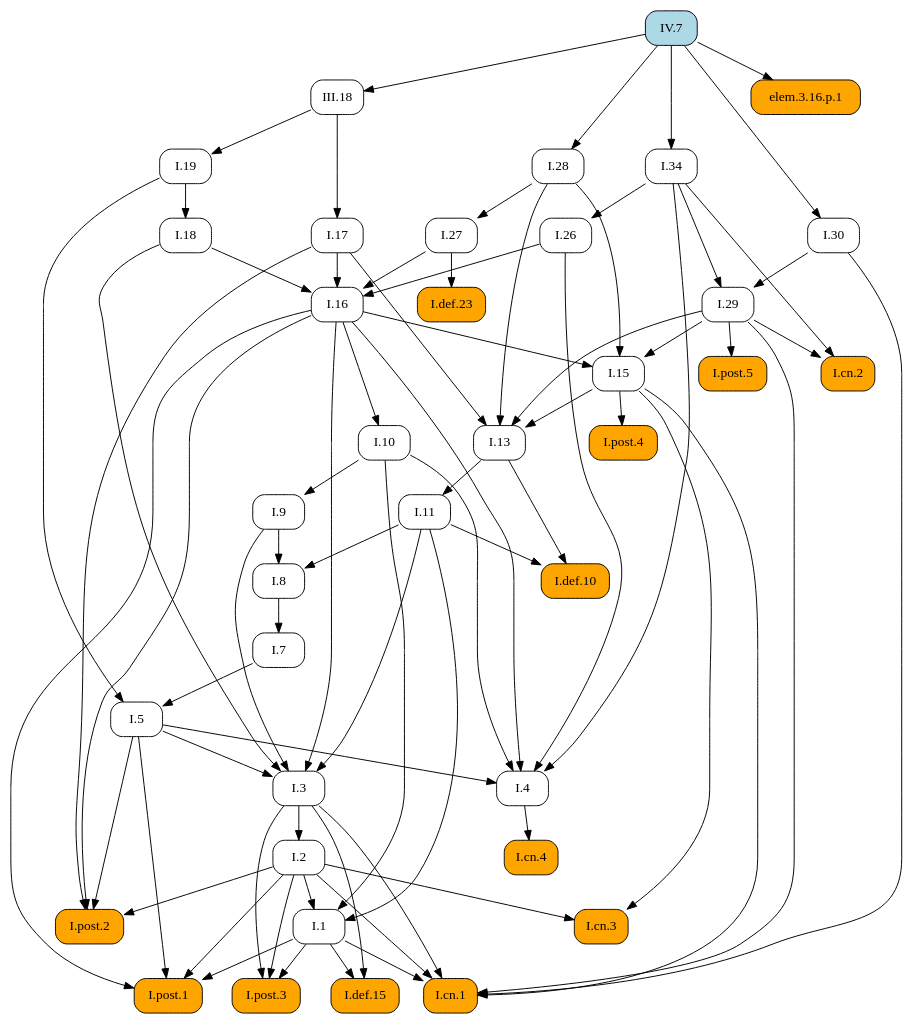
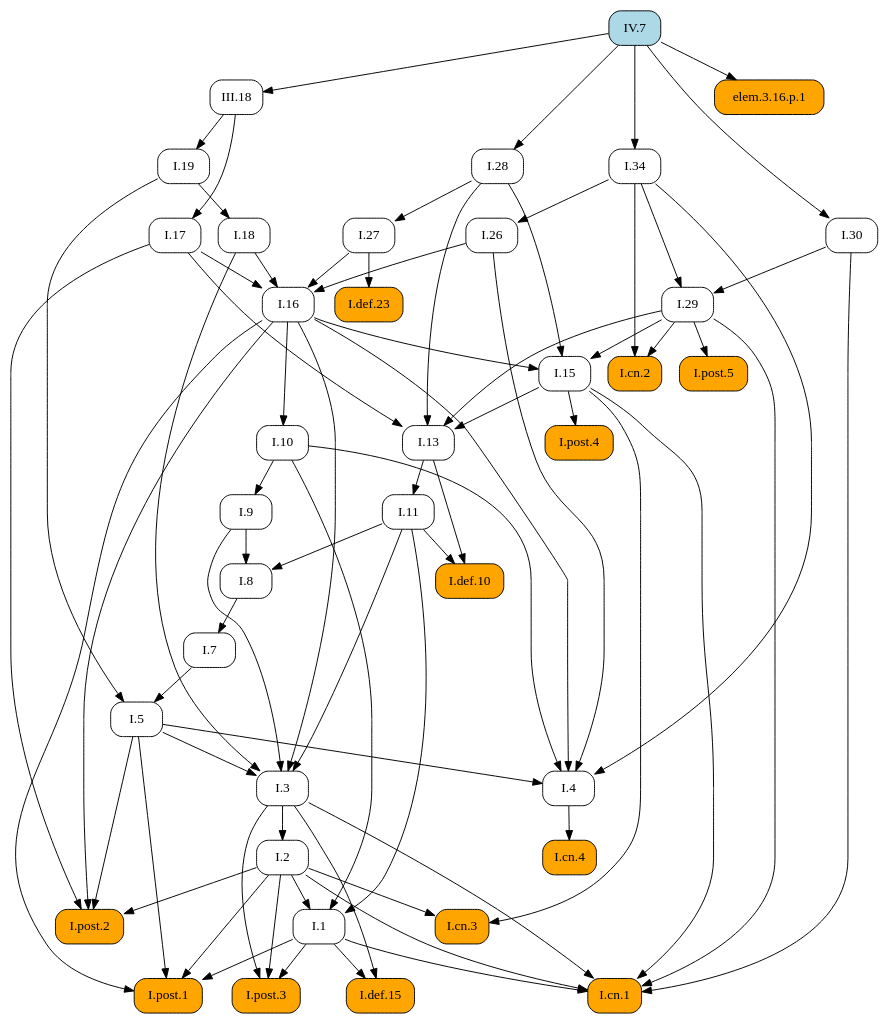
The diagram in docsrc/elements2/IV/7/index.rst (geometor/elements), drawn with Graphviz before and after one commit. The commit also changed other lines of this file and 171 other files, not shown here.

```diff
--- a/docsrc/elements2/IV/7/index.rst
+++ b/docsrc/elements2/IV/7/index.rst
@@ -106,115 +106,115 @@
    digraph {
      rankdir="TB";
      node [shape=box, style=rounded];
+     "I.8" [URL="/elements2/I/8/", target="_top"];
+     "I.post.1" [style="rounded,filled", fillcolor=orange, URL="/elements2/I/post.1/", target="_top"];
+     "I.5" [URL="/elements2/I/5/", target="_top"];
+     "I.post.5" [style="rounded,filled", fillcolor=orange, URL="/elements2/I/post.5/", target="_top"];
      "I.def.10" [style="rounded,filled", fillcolor=orange, URL="/elements2/I/def.10/", target="_top"];
+     "I.30" [URL="/elements2/I/30/", target="_top"];
+     "I.cn.2" [style="rounded,filled", fillcolor=orange, URL="/elements2/I/cn.2/", target="_top"];
+     "elem.3.16.p.1" [style="rounded,filled", fillcolor=orange];
+     "I.def.15" [style="rounded,filled", fillcolor=orange, URL="/elements2/I/def.15/", target="_top"];
+     "I.11" [URL="/elements2/I/11/", target="_top"];
+     "I.post.2" [style="rounded,filled", fillcolor=orange, URL="/elements2/I/post.2/", target="_top"];
+     "I.def.23" [style="rounded,filled", fillcolor=orange, URL="/elements2/I/def.23/", target="_top"];
+     "I.3" [URL="/elements2/I/3/", target="_top"];
+     "I.26" [URL="/elements2/I/26/", target="_top"];
+     "I.19" [URL="/elements2/I/19/", target="_top"];
+     "I.cn.3" [style="rounded,filled", fillcolor=orange, URL="/elements2/I/cn.3/", target="_top"];
+     "I.cn.4" [style="rounded,filled", fillcolor=orange, URL="/elements2/I/cn.4/", target="_top"];
+     "I.1" [URL="/elements2/I/1/", target="_top"];
+     "I.7" [URL="/elements2/I/7/", target="_top"];
+     "I.17" [URL="/elements2/I/17/", target="_top"];
+     "I.9" [URL="/elements2/I/9/", target="_top"];
+     "I.cn.1" [style="rounded,filled", fillcolor=orange, URL="/elements2/I/cn.1/", target="_top"];
+     "I.29" [URL="/elements2/I/29/", target="_top"];
+     "I.post.4" [style="rounded,filled", fillcolor=orange, URL="/elements2/I/post.4/", target="_top"];
+     "I.16" [URL="/elements2/I/16/", target="_top"];
+     "I.13" [URL="/elements2/I/13/", target="_top"];
+     "I.18" [URL="/elements2/I/18/", target="_top"];
+     "IV.7" [style="rounded,filled", fillcolor=lightblue, URL="/elements2/IV/7/", target="_top"];
+     "I.28" [URL="/elements2/I/28/", target="_top"];
+     "I.2" [URL="/elements2/I/2/", target="_top"];
+     "I.27" [URL="/elements2/I/27/", target="_top"];
+     "III.18" [URL="/elements2/III/18/", target="_top"];
+     "I.4" [URL="/elements2/I/4/", target="_top"];
+     "I.10" [URL="/elements2/I/10/", target="_top"];
+     "I.15" [URL="/elements2/I/15/", target="_top"];
      "I.34" [URL="/elements2/I/34/", target="_top"];
-     "I.cn.4" [style="rounded,filled", fillcolor=orange, URL="/elements2/I/cn.4/", target="_top"];
-     "I.def.15" [style="rounded,filled", fillcolor=orange, URL="/elements2/I/def.15/", target="_top"];
-     "I.28" [URL="/elements2/I/28/", target="_top"];
      "I.post.3" [style="rounded,filled", fillcolor=orange, URL="/elements2/I/post.3/", target="_top"];
-     "I.27" [URL="/elements2/I/27/", target="_top"];
-     "I.post.2" [style="rounded,filled", fillcolor=orange, URL="/elements2/I/post.2/", target="_top"];
-     "I.13" [URL="/elements2/I/13/", target="_top"];
-     "I.10" [URL="/elements2/I/10/", target="_top"];
-     "I.post.1" [style="rounded,filled", fillcolor=orange, URL="/elements2/I/post.1/", target="_top"];
-     "I.7" [URL="/elements2/I/7/", target="_top"];
-     "I.11" [URL="/elements2/I/11/", target="_top"];
-     "I.4" [URL="/elements2/I/4/", target="_top"];
-     "elem.3.16.p.1" [style="rounded,filled", fillcolor=orange];
-     "I.16" [URL="/elements2/I/16/", target="_top"];
-     "I.def.23" [style="rounded,filled", fillcolor=orange, URL="/elements2/I/def.23/", target="_top"];
-     "I.9" [URL="/elements2/I/9/", target="_top"];
-     "I.18" [URL="/elements2/I/18/", target="_top"];
-     "I.8" [URL="/elements2/I/8/", target="_top"];
-     "III.18" [URL="/elements2/III/18/", target="_top"];
-     "I.15" [URL="/elements2/I/15/", target="_top"];
-     "I.26" [URL="/elements2/I/26/", target="_top"];
-     "I.cn.2" [style="rounded,filled", fillcolor=orange, URL="/elements2/I/cn.2/", target="_top"];
-     "I.post.5" [style="rounded,filled", fillcolor=orange, URL="/elements2/I/post.5/", target="_top"];
-     "I.2" [URL="/elements2/I/2/", target="_top"];
-     "IV.7" [style="rounded,filled", fillcolor=lightblue, URL="/elements2/IV/7/", target="_top"];
-     "I.1" [URL="/elements2/I/1/", target="_top"];
-     "I.30" [URL="/elements2/I/30/", target="_top"];
-     "I.post.4" [style="rounded,filled", fillcolor=orange, URL="/elements2/I/post.4/", target="_top"];
-     "I.cn.1" [style="rounded,filled", fillcolor=orange, URL="/elements2/I/cn.1/", target="_top"];
-     "I.3" [URL="/elements2/I/3/", target="_top"];
-     "I.cn.3" [style="rounded,filled", fillcolor=orange, URL="/elements2/I/cn.3/", target="_top"];
-     "I.17" [URL="/elements2/I/17/", target="_top"];
-     "I.29" [URL="/elements2/I/29/", target="_top"];
-     "I.19" [URL="/elements2/I/19/", target="_top"];
-     "I.5" [URL="/elements2/I/5/", target="_top"];
+     "I.9" -> "I.8";
+     "I.11" -> "I.8";
+     "I.1" -> "I.post.1";
+     "I.2" -> "I.post.1";
+     "I.5" -> "I.post.1";
+     "I.16" -> "I.post.1";
+     "I.7" -> "I.5";
+     "I.19" -> "I.5";
+     "I.29" -> "I.post.5";
      "I.11" -> "I.def.10";
      "I.13" -> "I.def.10";
-     "IV.7" -> "I.34";
-     "I.4" -> "I.cn.4";
+     "IV.7" -> "I.30";
+     "I.29" -> "I.cn.2";
+     "I.34" -> "I.cn.2";
+     "IV.7" -> "elem.3.16.p.1";
      "I.1" -> "I.def.15";
      "I.3" -> "I.def.15";
-     "IV.7" -> "I.28";
-     "I.1" -> "I.post.3";
-     "I.2" -> "I.post.3";
-     "I.3" -> "I.post.3";
-     "I.28" -> "I.27";
+     "I.13" -> "I.11";
      "I.2" -> "I.post.2";
      "I.5" -> "I.post.2";
      "I.16" -> "I.post.2";
      "I.17" -> "I.post.2";
-     "I.15" -> "I.13";
-     "I.17" -> "I.13";
-     "I.28" -> "I.13";
-     "I.29" -> "I.13";
-     "I.16" -> "I.10";
-     "I.1" -> "I.post.1";
-     "I.2" -> "I.post.1";
-     "I.5" -> "I.post.1";
-     "I.16" -> "I.post.1";
-     "I.8" -> "I.7";
-     "I.13" -> "I.11";
-     "I.5" -> "I.4";
-     "I.10" -> "I.4";
-     "I.16" -> "I.4";
-     "I.26" -> "I.4";
-     "I.34" -> "I.4";
-     "IV.7" -> "elem.3.16.p.1";
-     "I.17" -> "I.16";
-     "I.18" -> "I.16";
-     "I.26" -> "I.16";
-     "I.27" -> "I.16";
      "I.27" -> "I.def.23";
-     "I.10" -> "I.9";
-     "I.19" -> "I.18";
-     "I.9" -> "I.8";
-     "I.11" -> "I.8";
-     "IV.7" -> "III.18";
-     "I.16" -> "I.15";
-     "I.28" -> "I.15";
-     "I.29" -> "I.15";
+     "I.5" -> "I.3";
+     "I.9" -> "I.3";
+     "I.11" -> "I.3";
+     "I.16" -> "I.3";
+     "I.18" -> "I.3";
      "I.34" -> "I.26";
-     "I.29" -> "I.cn.2";
-     "I.34" -> "I.cn.2";
-     "I.29" -> "I.post.5";
-     "I.3" -> "I.2";
+     "III.18" -> "I.19";
+     "I.2" -> "I.cn.3";
+     "I.15" -> "I.cn.3";
+     "I.4" -> "I.cn.4";
      "I.2" -> "I.1";
      "I.10" -> "I.1";
      "I.11" -> "I.1";
-     "IV.7" -> "I.30";
-     "I.15" -> "I.post.4";
+     "I.8" -> "I.7";
+     "III.18" -> "I.17";
+     "I.10" -> "I.9";
      "I.1" -> "I.cn.1";
      "I.2" -> "I.cn.1";
      "I.3" -> "I.cn.1";
      "I.15" -> "I.cn.1";
      "I.29" -> "I.cn.1";
      "I.30" -> "I.cn.1";
-     "I.5" -> "I.3";
-     "I.9" -> "I.3";
-     "I.11" -> "I.3";
-     "I.16" -> "I.3";
-     "I.18" -> "I.3";
-     "I.2" -> "I.cn.3";
-     "I.15" -> "I.cn.3";
-     "III.18" -> "I.17";
      "I.30" -> "I.29";
      "I.34" -> "I.29";
-     "III.18" -> "I.19";
-     "I.7" -> "I.5";
-     "I.19" -> "I.5";
+     "I.15" -> "I.post.4";
+     "I.17" -> "I.16";
+     "I.18" -> "I.16";
+     "I.26" -> "I.16";
+     "I.27" -> "I.16";
+     "I.15" -> "I.13";
+     "I.17" -> "I.13";
+     "I.28" -> "I.13";
+     "I.29" -> "I.13";
+     "I.19" -> "I.18";
+     "IV.7" -> "I.28";
+     "I.3" -> "I.2";
+     "I.28" -> "I.27";
+     "IV.7" -> "III.18";
+     "I.5" -> "I.4";
+     "I.10" -> "I.4";
+     "I.16" -> "I.4";
+     "I.26" -> "I.4";
+     "I.34" -> "I.4";
+     "I.16" -> "I.10";
+     "I.16" -> "I.15";
+     "I.28" -> "I.15";
+     "I.29" -> "I.15";
+     "IV.7" -> "I.34";
+     "I.1" -> "I.post.3";
+     "I.2" -> "I.post.3";
+     "I.3" -> "I.post.3";
    }
```
